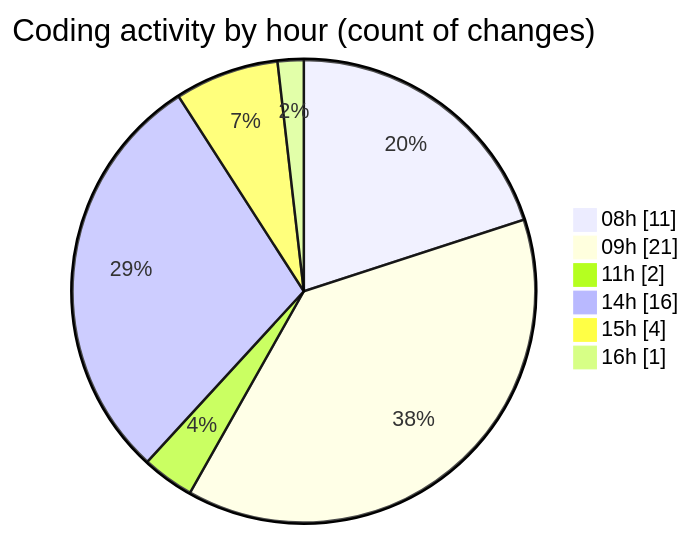
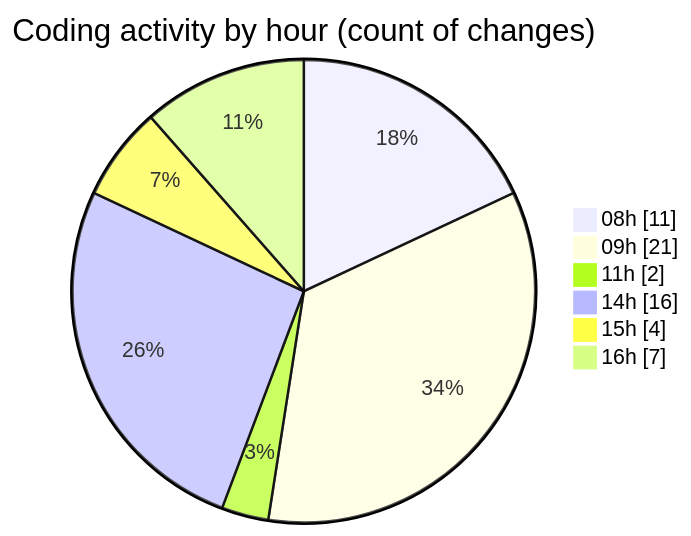
One commit to julien-gomy/code-tracking changed the second of 2 diagrams in 2025-10-13/eventscop-frontend-guide__workspace_/README.md. Above: the diagram before and after it, drawn with Mermaid. The commit also changed other lines of this file and 1 other file, not shown here.

````diff
--- a/2025-10-13/eventscop-frontend-guide__workspace_/README.md
+++ b/2025-10-13/eventscop-frontend-guide__workspace_/README.md
@@ -50,10 +54,10 @@
 ```mermaid
 pie showData
 title Coding activity by hour (count of changes)
 "08h" : 11
 "09h" : 21
 "11h" : 2
 "14h" : 16
 "15h" : 4
-"16h" : 1
+"16h" : 7
 ```
````
